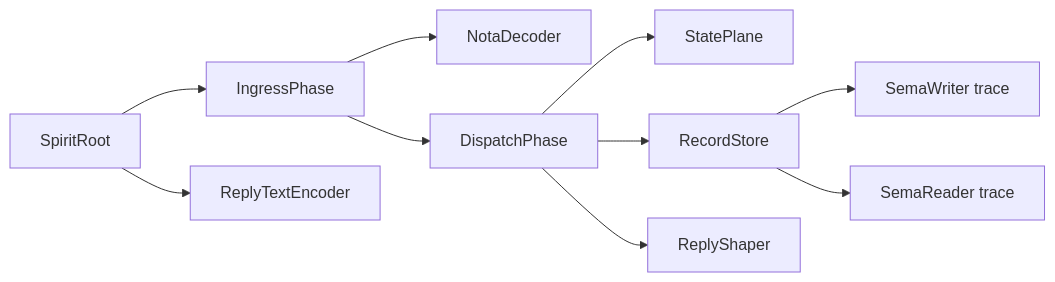
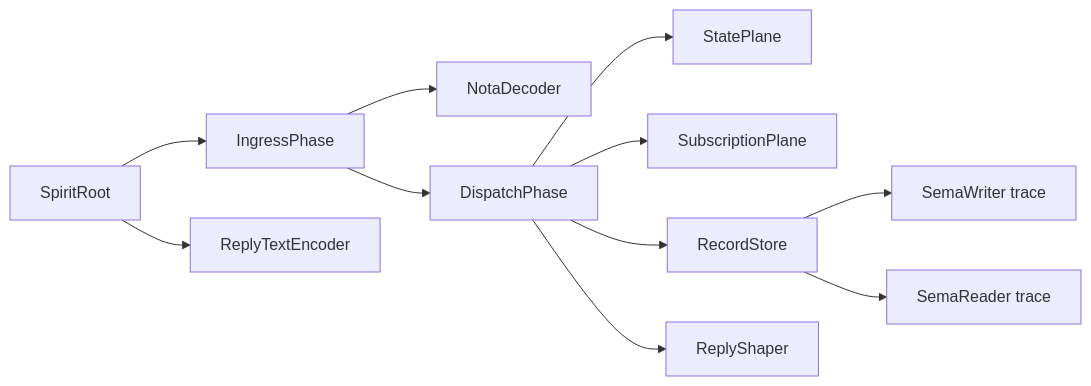
Before and after one commit to LiGoldragon/persona-spirit: the second of 2 diagrams in ARCHITECTURE.md, drawn with Mermaid. The commit also changed other lines of this file and 12 other files, not shown here.

Commit message:
persona-spirit: implement subscription lifecycle plane

````diff
--- a/ARCHITECTURE.md
+++ b/ARCHITECTURE.md
@@ -51,23 +51,25 @@
 ```mermaid
 flowchart LR
     root["SpiritRoot"]
     ingress["IngressPhase"]
     decoder["NotaDecoder"]
     dispatch["DispatchPhase"]
     state["StatePlane"]
+    subscription["SubscriptionPlane"]
     store["RecordStore"]
     shaper["ReplyShaper"]
     encoder["ReplyTextEncoder"]
     writer["SemaWriter trace"]
     reader["SemaReader trace"]
 
     root --> ingress
     ingress --> decoder
     ingress --> dispatch
     dispatch --> state
+    dispatch --> subscription
     dispatch --> store
     dispatch --> shaper
     store --> writer
     store --> reader
     root --> encoder
 ```
````
